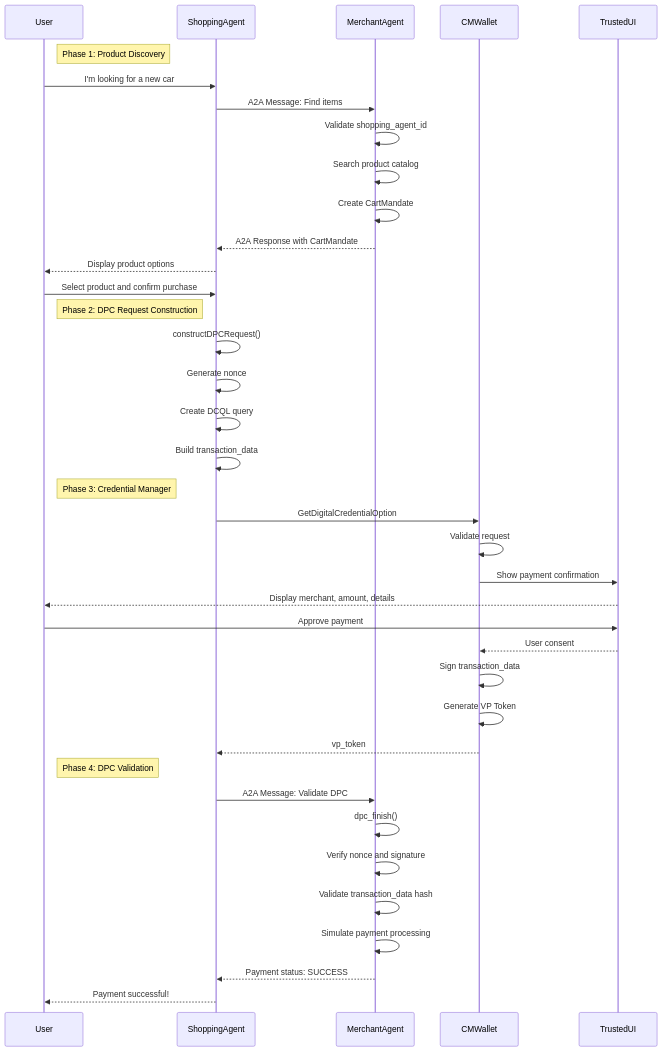
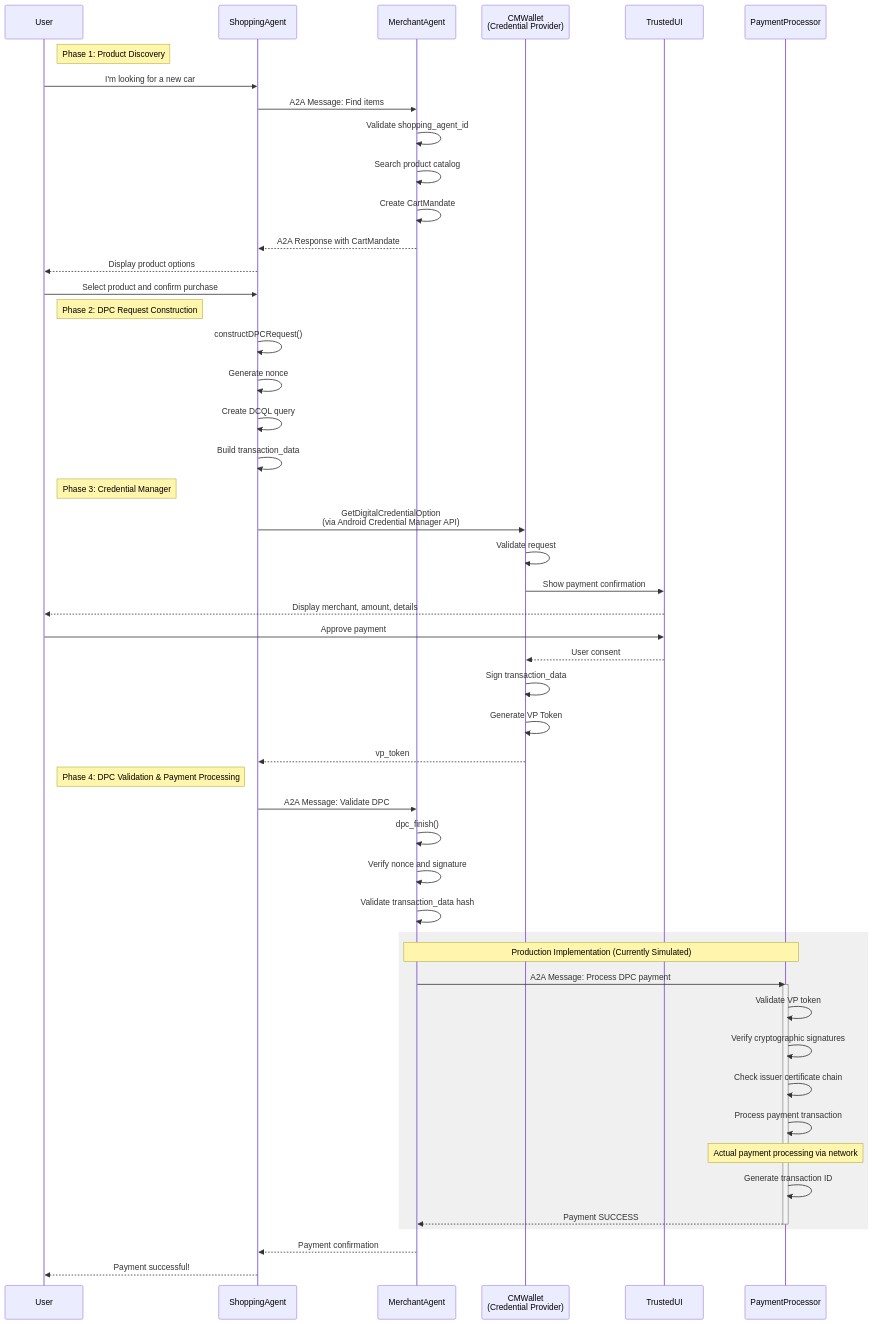
One commit to kukgini/kukgini.github.io changed the first of 2 diagrams in src/ap2/ap2-sample-dpc.md. Above: the diagram before and after it, drawn with Mermaid. The commit also changed other lines of this file and 1 other file, not shown here.

Commit message:
Update DPC scenario documentation with Payment Processor flow and clarify CMWallet role
- Add Payment Processor to DPC sequence diagram (currently simulated in demo)
- Clarify CMWallet acts as Credential Provider via Android Credential Manager API
- Add Agent Responsibilities section with all 4 agents
- Update comparison table to show DPC also uses 4 agents like Cards scenario
- Enhance Notes section with production implementation requirements

````diff
--- a/src/ap2/ap2-sample-dpc.md
+++ b/src/ap2/ap2-sample-dpc.md
@@ -7,49 +7,64 @@
 ```mermaid
 sequenceDiagram
     participant User
     participant ShoppingAgent
     participant MerchantAgent
-    participant CMWallet
+    participant CMWallet as CMWallet<br/>(Credential Provider)
     participant TrustedUI
+    participant PaymentProcessor
 
     Note right of User: Phase 1: Product Discovery
 
     User->>ShoppingAgent: I'm looking for a new car
     ShoppingAgent->>MerchantAgent: A2A Message: Find items
     MerchantAgent->>MerchantAgent: Validate shopping_agent_id
     MerchantAgent->>MerchantAgent: Search product catalog
     MerchantAgent->>MerchantAgent: Create CartMandate
     MerchantAgent-->>ShoppingAgent: A2A Response with CartMandate
     ShoppingAgent-->>User: Display product options
 
     User->>ShoppingAgent: Select product and confirm purchase
 
     Note right of User: Phase 2: DPC Request Construction
 
     ShoppingAgent->>ShoppingAgent: constructDPCRequest()
     ShoppingAgent->>ShoppingAgent: Generate nonce
     ShoppingAgent->>ShoppingAgent: Create DCQL query
     ShoppingAgent->>ShoppingAgent: Build transaction_data
 
     Note right of User: Phase 3: Credential Manager
 
-    ShoppingAgent->>CMWallet: GetDigitalCredentialOption
+    ShoppingAgent->>CMWallet: GetDigitalCredentialOption<br/>(via Android Credential Manager API)
     CMWallet->>CMWallet: Validate request
     CMWallet->>TrustedUI: Show payment confirmation
     TrustedUI-->>User: Display merchant, amount, details
     User->>TrustedUI: Approve payment
     TrustedUI-->>CMWallet: User consent
     CMWallet->>CMWallet: Sign transaction_data
     CMWallet->>CMWallet: Generate VP Token
     CMWallet-->>ShoppingAgent: vp_token
 
-    Note right of User: Phase 4: DPC Validation
+    Note right of User: Phase 4: DPC Validation & Payment Processing
 
     ShoppingAgent->>MerchantAgent: A2A Message: Validate DPC
     MerchantAgent->>MerchantAgent: dpc_finish()
     MerchantAgent->>MerchantAgent: Verify nonce and signature
     MerchantAgent->>MerchantAgent: Validate transaction_data hash
-    MerchantAgent->>MerchantAgent: Simulate payment processing
-    MerchantAgent-->>ShoppingAgent: Payment status: SUCCESS
+    
+    rect rgb(240, 240, 240)
+        Note over MerchantAgent,PaymentProcessor: Production Implementation (Currently Simulated)
+        MerchantAgent->>PaymentProcessor: A2A Message: Process DPC payment
+        activate PaymentProcessor
+        PaymentProcessor->>PaymentProcessor: Validate VP token
+        PaymentProcessor->>PaymentProcessor: Verify cryptographic signatures
+        PaymentProcessor->>PaymentProcessor: Check issuer certificate chain
+        PaymentProcessor->>PaymentProcessor: Process payment transaction
+        Note over PaymentProcessor: Actual payment processing via network
+        PaymentProcessor->>PaymentProcessor: Generate transaction ID
+        PaymentProcessor-->>MerchantAgent: Payment SUCCESS
+        deactivate PaymentProcessor
+    end
+    
+    MerchantAgent-->>ShoppingAgent: Payment confirmation
     ShoppingAgent-->>User: Payment successful!
 ```
````
